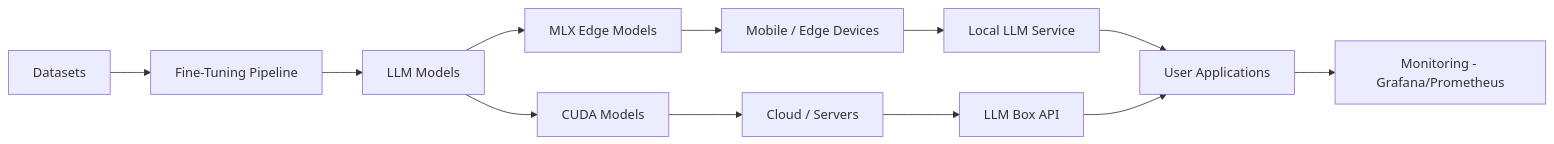
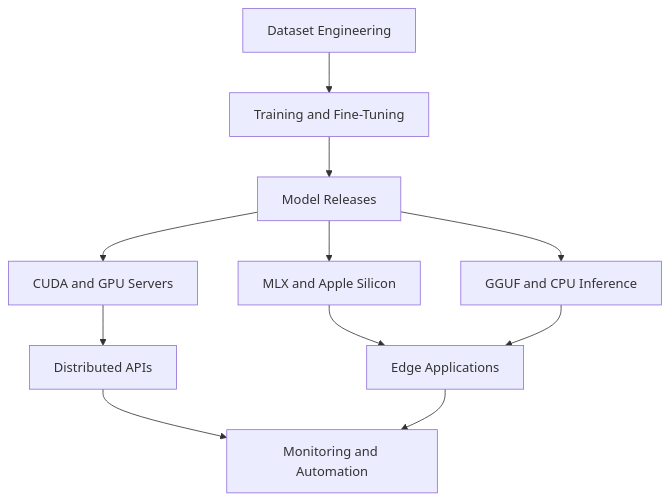
Before and after one commit to IrfanUruchi/IrfanUruchi: the first of 2 diagrams in README.md, drawn with Mermaid. The commit also changed other lines of this file, not shown here.

````diff
--- a/README.md
+++ b/README.md
@@ -68,19 +84,16 @@
 ```mermaid
-flowchart LR
-    A[Datasets] --> B[Fine-Tuning Pipeline]
-    B --> C[LLM Models]
+flowchart TD
+    A[Dataset Engineering] --> B[Training and Fine-Tuning]
+    B --> C[Model Releases]
 
-    C --> D[MLX Edge Models]
-    C --> E[CUDA Models]
+    C --> D[CUDA and GPU Servers]
+    C --> E[MLX and Apple Silicon]
+    C --> F[GGUF and CPU Inference]
 
-    D --> F[Mobile / Edge Devices]
-    E --> G[Cloud / Servers]
+    D --> G[Distributed APIs]
+    E --> H[Edge Applications]
+    F --> H
 
-    F --> H[Local LLM Service]
-    G --> I[LLM Box API]
-
-    H --> J[User Applications]
-    I --> J
-
-    J --> K[Monitoring - Grafana/Prometheus]
+    G --> I[Monitoring and Automation]
+    H --> I
 ```
````
